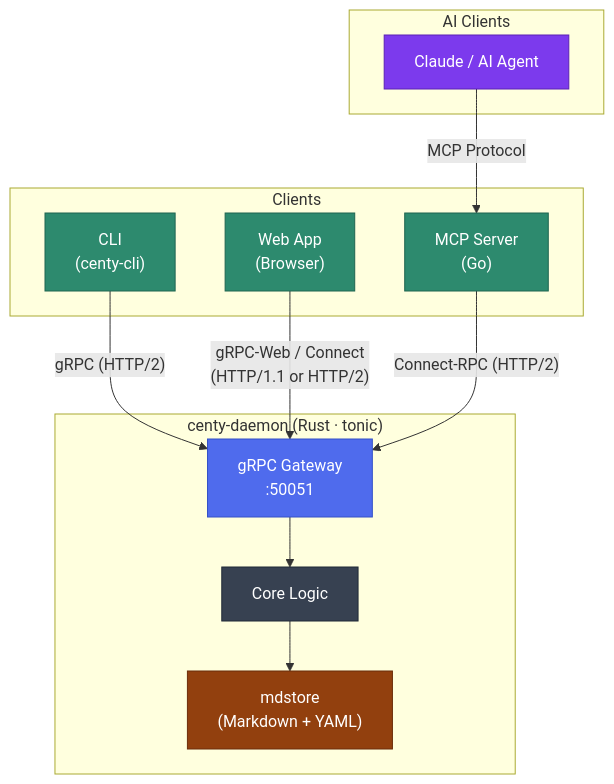
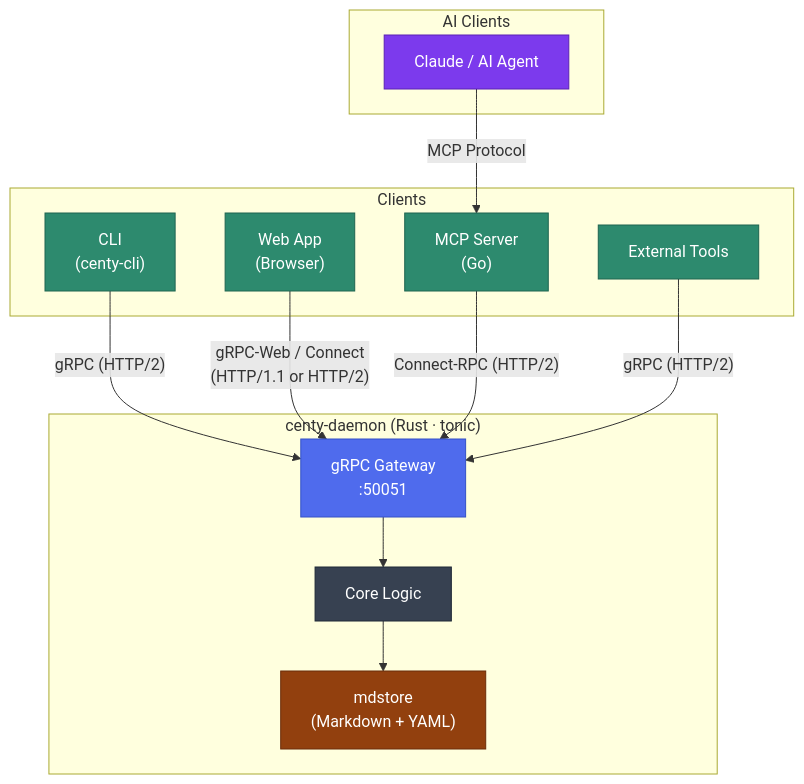
Before and after one commit to centy-io/centy-daemon: the diagram in architecture.mmd, drawn with Mermaid.

Commit message:
docs: add External Tools client to architecture diagram

```diff
--- a/architecture.mmd
+++ b/architecture.mmd
@@ -1,37 +1,39 @@
 graph TB
     subgraph Clients
         CLI["CLI<br/>(centy-cli)"]
         WebApp["Web App<br/>(Browser)"]
         MCP["MCP Server<br/>(Go)"]
+        ExternalTools["External Tools"]
     end
 
     subgraph AIClients["AI Clients"]
         Claude["Claude / AI Agent"]
     end
 
     subgraph Daemon["centy-daemon (Rust · tonic)"]
         gRPC["gRPC Gateway<br/>:50051"]
         Core["Core Logic"]
         Storage["mdstore<br/>(Markdown + YAML)"]
 
         gRPC --> Core
         Core --> Storage
     end
 
     CLI -->|"gRPC (HTTP/2)"| gRPC
     WebApp -->|"gRPC-Web / Connect<br/>(HTTP/1.1 or HTTP/2)"| gRPC
     MCP -->|"Connect-RPC (HTTP/2)"| gRPC
+    ExternalTools -->|"gRPC (HTTP/2)"| gRPC
 
     Claude -->|"MCP Protocol"| MCP
 
     classDef gateway fill:#4f6bed,color:#fff,stroke:#3451c7
     classDef client fill:#2d8a6e,color:#fff,stroke:#1f6450
     classDef ai fill:#7c3aed,color:#fff,stroke:#5b21b6
     classDef internal fill:#374151,color:#fff,stroke:#1f2937
     classDef storage fill:#92400e,color:#fff,stroke:#6b2d0a
 
     class gRPC gateway
-    class CLI,WebApp,MCP client
+    class CLI,WebApp,MCP,ExternalTools client
     class Claude ai
     class Core internal
     class Storage storage
```
